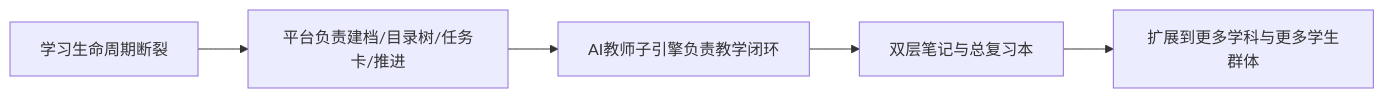
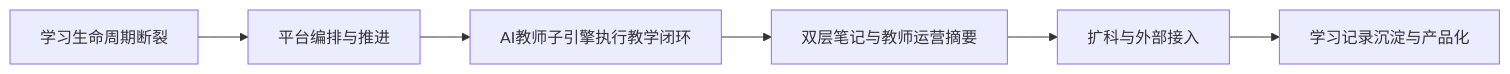
One commit to chenqsq/doc-showcase changed the first of 2 diagrams in doc/智能体文档/平台层/AI主导学习平台-产品总纲.md. Above: the diagram before and after it, drawn with Mermaid. The commit also changed other lines of this file and 20 other files, not shown here.

````diff
--- a/doc/智能体文档/平台层/AI主导学习平台-产品总纲.md
+++ b/doc/智能体文档/平台层/AI主导学习平台-产品总纲.md
@@ -35,7 +41,8 @@
 ```mermaid
 flowchart LR
-    A[学习生命周期断裂] --> B[平台负责建档/目录树/任务卡/推进]
-    B --> C[AI教师子引擎负责教学闭环]
-    C --> D[双层笔记与总复习本]
-    D --> E[扩展到更多学科与更多学生群体]
+    A[学习生命周期断裂] --> B[平台编排与推进]
+    B --> C[AI教师子引擎执行教学闭环]
+    C --> D[双层笔记与教师运营摘要]
+    D --> E[扩科与外部接入]
+    E --> F[学习记录沉淀与产品化]
 ```
````
